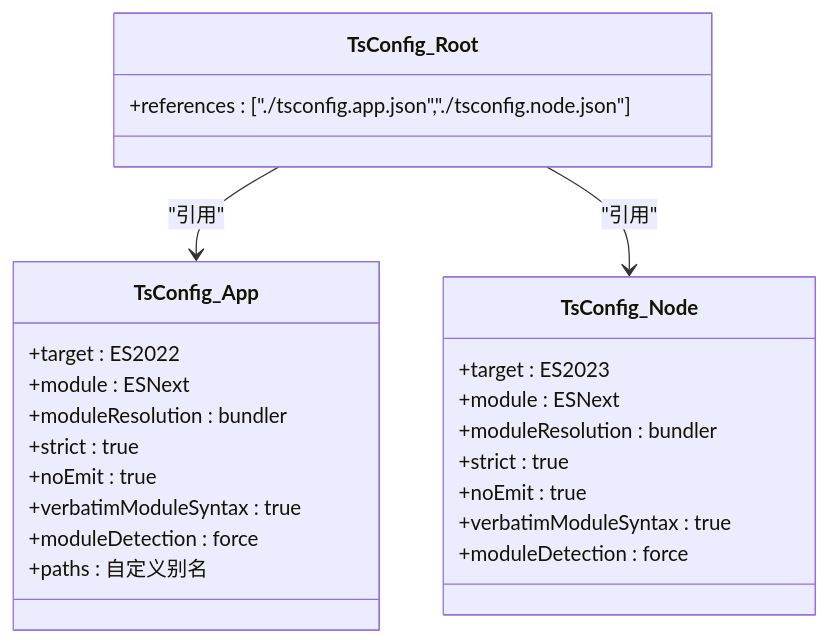
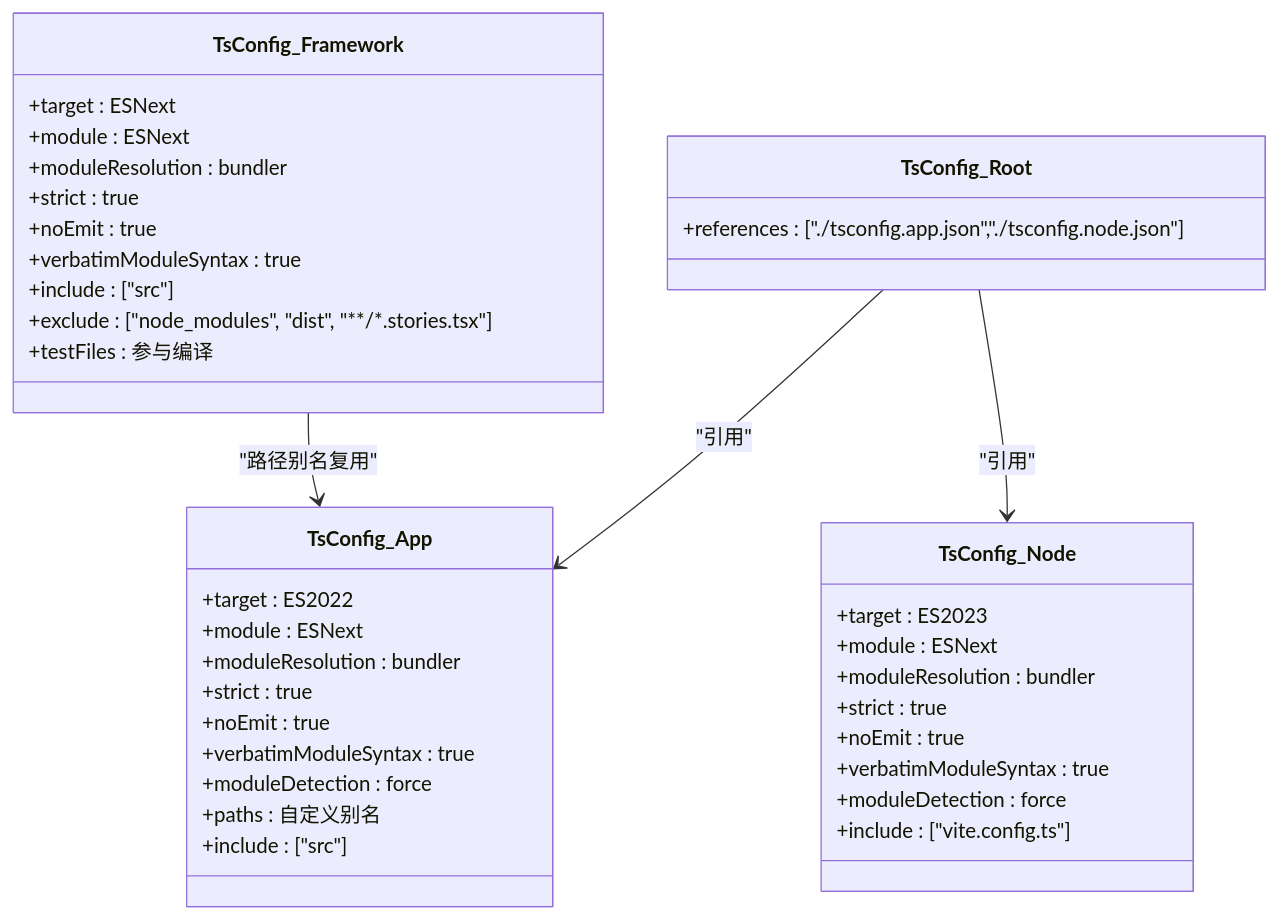
One commit to liqiongke/FrontArk changed the fourth of 9 diagrams in .qoder/repowiki/zh/content/开发工具/开发工具.md. Above: the diagram before and after it, drawn with Mermaid. The commit also changed other lines of this file and 17 other files, not shown here.

````diff
--- a/.qoder/repowiki/zh/content/开发工具/开发工具.md
+++ b/.qoder/repowiki/zh/content/开发工具/开发工具.md
@@ -169,27 +179,41 @@
 ```mermaid
 classDiagram
 class TsConfig_App {
 +target : ES2022
 +module : ESNext
 +moduleResolution : bundler
 +strict : true
 +noEmit : true
 +verbatimModuleSyntax : true
 +moduleDetection : force
 +paths : 自定义别名
++include : ["src"]
 }
 class TsConfig_Node {
 +target : ES2023
 +module : ESNext
 +moduleResolution : bundler
 +strict : true
 +noEmit : true
 +verbatimModuleSyntax : true
 +moduleDetection : force
++include : ["vite.config.ts"]
+}
+class TsConfig_Framework {
++target : ESNext
++module : ESNext
++moduleResolution : bundler
++strict : true
++noEmit : true
++verbatimModuleSyntax : true
++include : ["src"]
++exclude : ["node_modules", "dist", "**/*.stories.tsx"]
++testFiles : 参与编译
 }
 class TsConfig_Root {
 +references : ["./tsconfig.app.json","./tsconfig.node.json"]
 }
 TsConfig_Root --> TsConfig_App : "引用"
 TsConfig_Root --> TsConfig_Node : "引用"
+TsConfig_Framework --> TsConfig_App : "路径别名复用"
 ```
````
